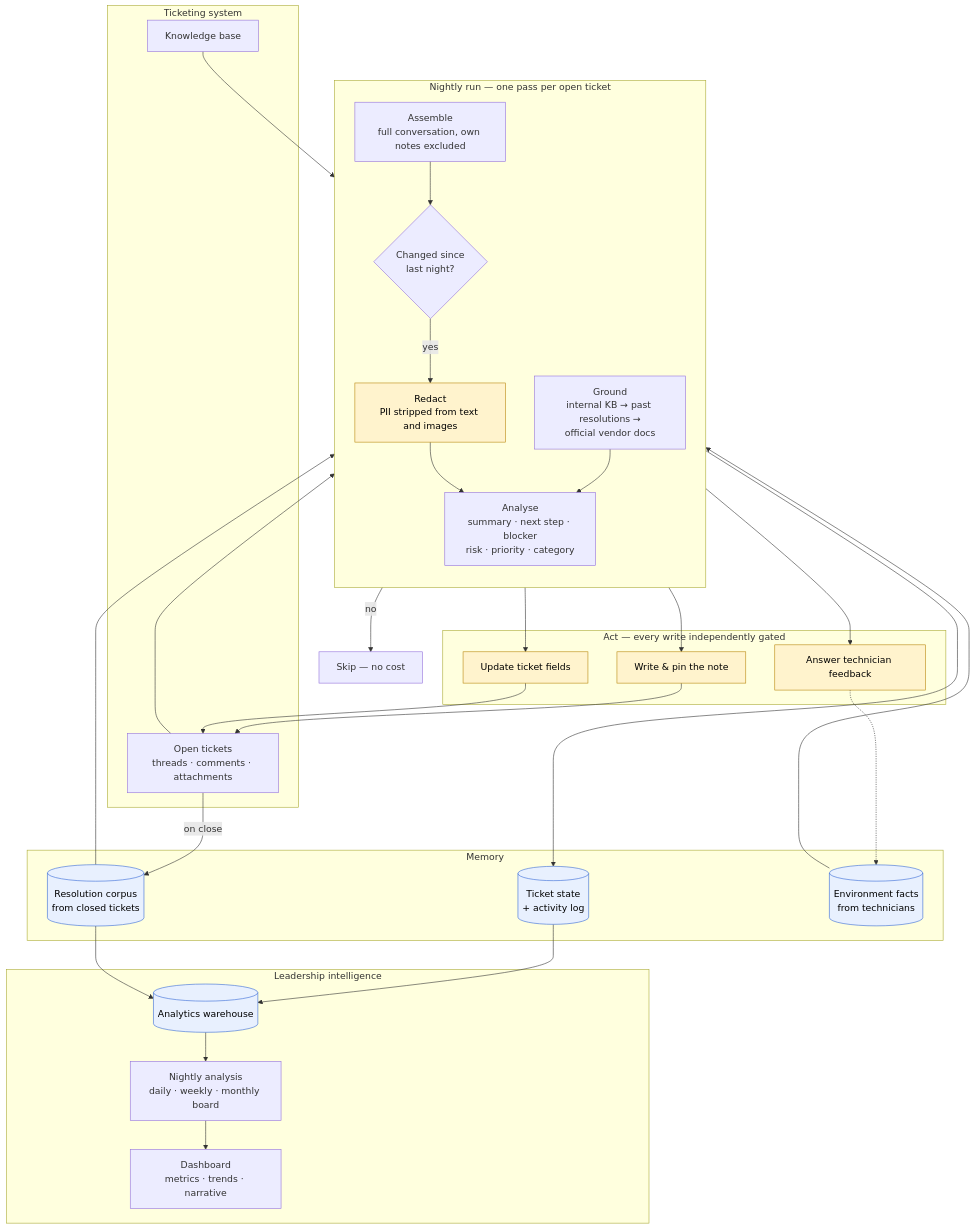
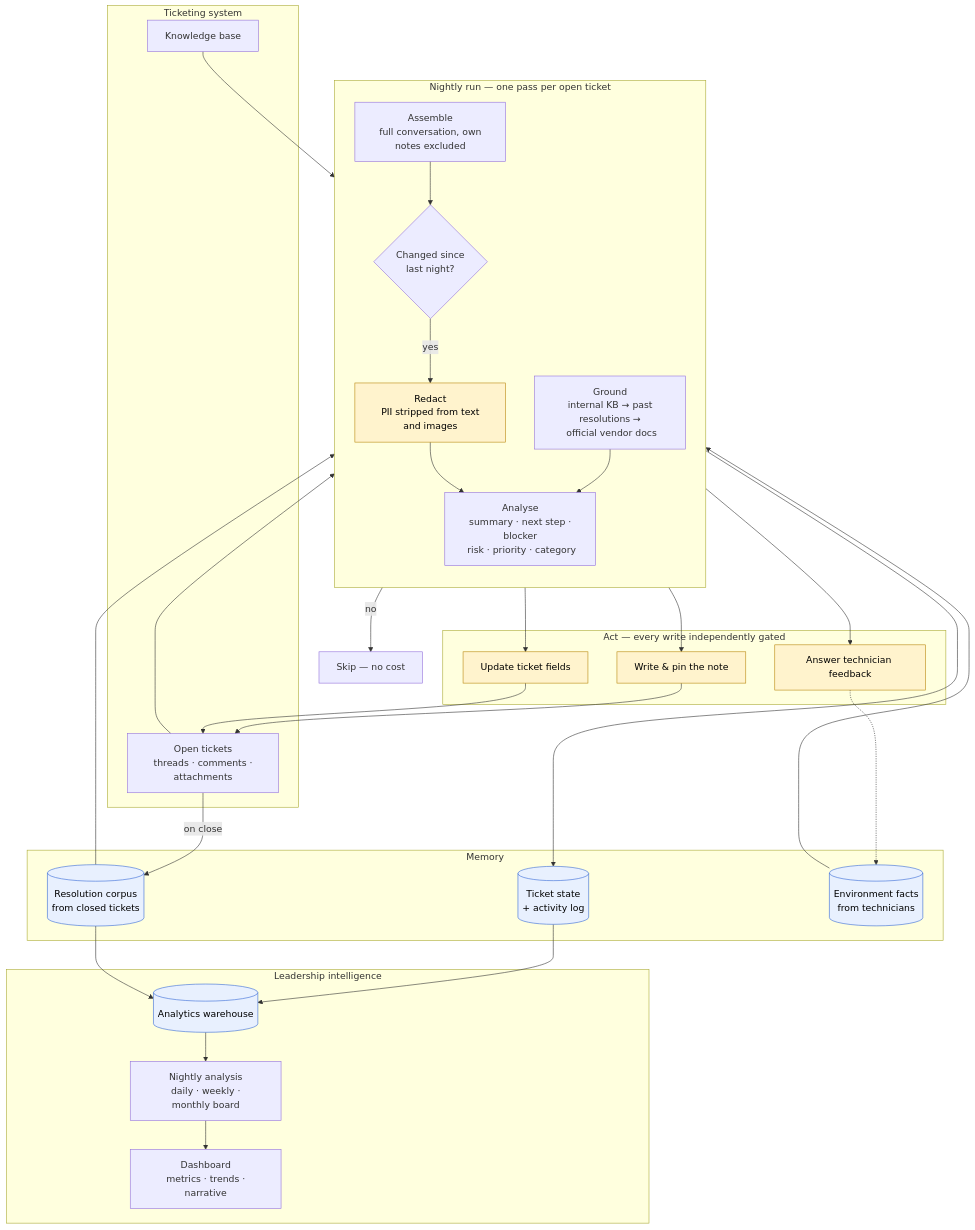
One commit to adastra42/portfolio changed the first of 2 diagrams in docs/02-service-desk-intelligence-agent.md. Above: the diagram before and after it, drawn with Mermaid. The commit also changed other lines of this file, not shown here.

Commit message:
updated 02-service-desk-intelligence-agent.md flowchart

````diff
--- a/docs/02-service-desk-intelligence-agent.md
+++ b/docs/02-service-desk-intelligence-agent.md
@@ -42,56 +42,56 @@
 ```mermaid
 flowchart TB
     subgraph src["Ticketing system"]
-        T["Open tickets<br/>threads · comments · attachments"]
+        T["Open tickets<br/> threads · comments · attachments"]
         KB["Knowledge base"]
     end
 
     subgraph nightly["Nightly run — one pass per open ticket"]
         direction TB
-        A["Assemble<br/>full conversation, own notes excluded"]
-        F{"Changed since<br/>last night?"}
-        R["Redact<br/>PII stripped from text and images"]
-        M["Analyse<br/>summary · next step · blocker<br/>risk · priority · category"]
-        G["Ground<br/>internal KB → past resolutions →<br/>official vendor docs"]
+        A["Assemble<br/> full conversation, own notes excluded"]
+        F{"Changed since<br/> last night?"}
+        R["Redact<br/> PII stripped from text and images"]
+        M["Analyse<br/> summary · next step · blocker<br/> risk · priority · category"]
+        G["Ground<br/> internal KB → past resolutions →<br/> official vendor docs"]
     end
 
     subgraph act["Act — every write independently gated"]
         N["Write &amp; pin the note"]
         P["Update ticket fields"]
         FB["Answer technician feedback"]
     end
 
     subgraph mem["Memory"]
         ST[("Ticket state<br/>+ activity log")]
-        RES[("Resolution corpus<br/>from closed tickets")]
-        ENV[("Environment facts<br/>from technicians")]
+        RES[("Resolution corpus<br/> from closed tickets")]
+        ENV[("Environment facts<br/> from technicians")]
     end
 
     subgraph intel["Leadership intelligence"]
-        INS["Nightly analysis<br/>daily · weekly · monthly board"]
+        INS["Nightly analysis<br/> daily · weekly · monthly board"]
         WH[("Analytics warehouse")]
-        DASH["Dashboard<br/>metrics · trends · narrative"]
+        DASH["Dashboard<br/> metrics · trends · narrative"]
     end
 
     T --> A --> F
     F -- "no" --> SKIP["Skip — no cost"]
     F -- "yes" --> R --> M
     KB --> G
     RES --> G
     ENV --> G
     G --> M
     M --> N & P & FB
     N --> T
     P --> T
     M --> ST
     ST --> WH
     RES --> WH
     T -- "on close" --> RES
     FB -.-> ENV
     WH --> INS --> DASH
 
     classDef gate fill:#fff3cd,stroke:#b8860b,color:#000
     classDef store fill:#e8f0fe,stroke:#3367d6,color:#000
     class R,N,P,FB gate
     class ST,RES,ENV,WH store
 ```
````
